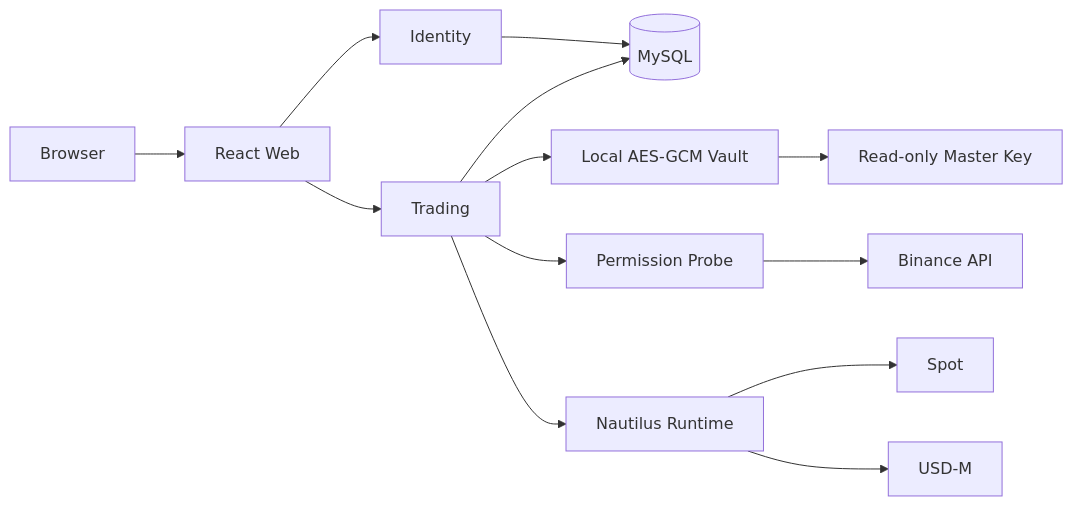
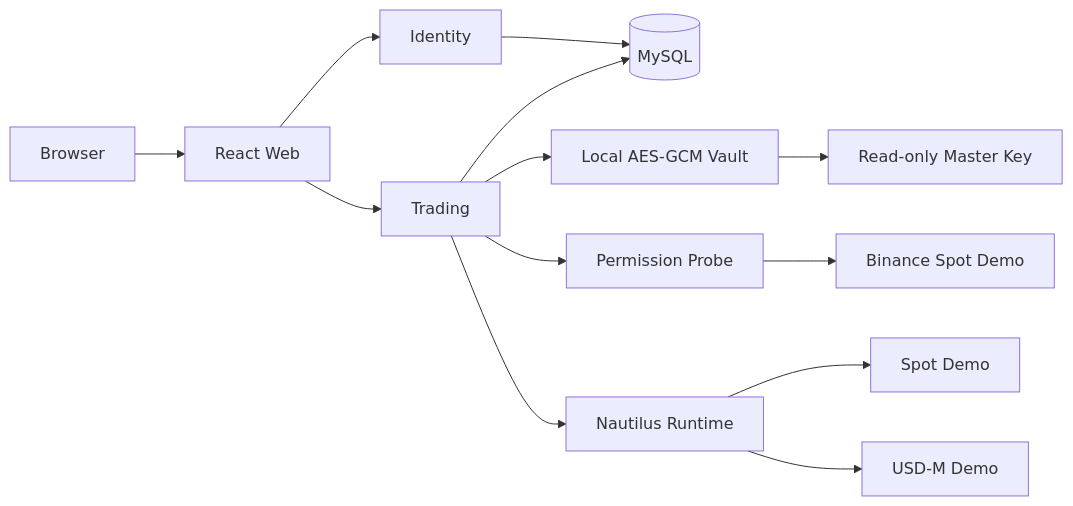
One commit to jelven007/AutomotiveTrading changed the diagram in docs/plans/2026-09-21-binance-single-account-phased-design.md. Above: the diagram before and after it, drawn with Mermaid. The commit also changed other lines of this file and 39 other files, not shown here.

Commit message:
feat(trading): enforce Binance Demo-only runtime

````diff
--- a/docs/plans/2026-09-21-binance-single-account-phased-design.md
+++ b/docs/plans/2026-09-21-binance-single-account-phased-design.md
@@ -22,15 +22,15 @@
 ```mermaid
 flowchart LR
     U[Browser] --> W[React Web]
     W --> I[Identity]
     W --> T[Trading]
     I --> D[(MySQL)]
     T --> D
     T --> V[Local AES-GCM Vault]
     V --> K[Read-only Master Key]
     T --> P[Permission Probe]
     T --> N[Nautilus Runtime]
-    P --> B[Binance API]
-    N --> S[Spot]
-    N --> F[USD-M]
+    P --> B[Binance Spot Demo]
+    N --> S[Spot Demo]
+    N --> F[USD-M Demo]
 ```
````
